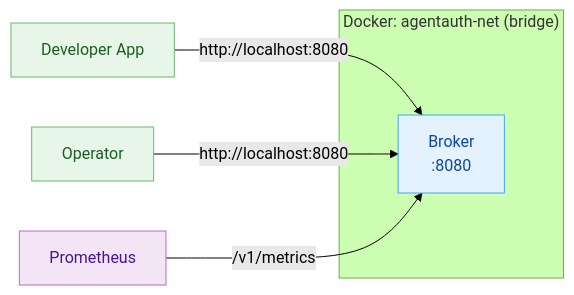
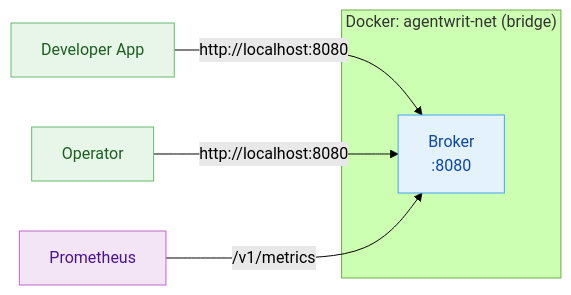
The first of 2 diagrams in docs/getting-started-operator.md (devonartis/agentwrit), drawn with Mermaid (forest theme) before and after one commit. The commit also changed other lines of this file and 19 other files, not shown here.

````diff
--- a/docs/getting-started-operator.md
+++ b/docs/getting-started-operator.md
@@ -39,17 +39,17 @@
 ```mermaid
 flowchart LR
-    subgraph "Docker: agentauth-net (bridge)"
+    subgraph "Docker: agentwrit-net (bridge)"
         B["Broker<br/>:8080"]
     end
     Dev["Developer App"] -- "http://localhost:8080" --> B
     Op["Operator"] -- "http://localhost:8080" --> B
     Prom["Prometheus"] -- "/v1/metrics" --> B
 
     classDef broker fill:#e3f2fd,stroke:#42a5f5,color:#0d47a1
     classDef client fill:#e8f5e9,stroke:#66bb6a,color:#1b5e20
     classDef obs fill:#f3e5f5,stroke:#ba68c8,color:#4a148c
 
     class B broker
     class Dev,Op client
     class Prom obs
 ```
````
